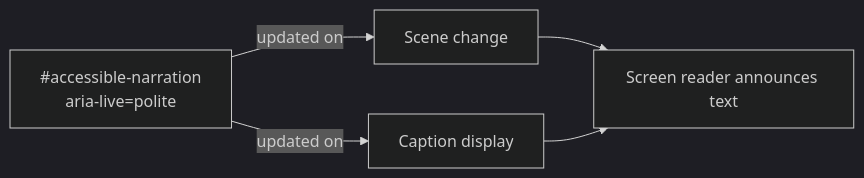
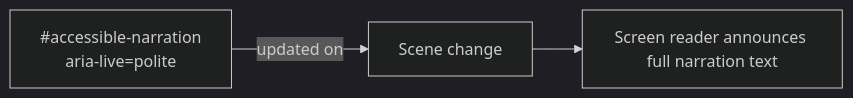
One commit to anchildress1/carbon-trace changed the first of 3 diagrams in docs/accessibility.md. Above: the diagram before and after it, drawn with Mermaid (dark theme). The commit also changed other lines of this file and 43 other files, not shown here.

````diff
--- a/docs/accessibility.md
+++ b/docs/accessibility.md
@@ -5,7 +5,5 @@
 ```mermaid
 flowchart LR
     A["#accessible-narration<br/>aria-live=polite"] -->|updated on| B[Scene change]
-    A -->|updated on| C[Caption display]
-    B --> D[Screen reader announces text]
-    C --> D
+    B --> C[Screen reader announces full narration text]
 ```
````
